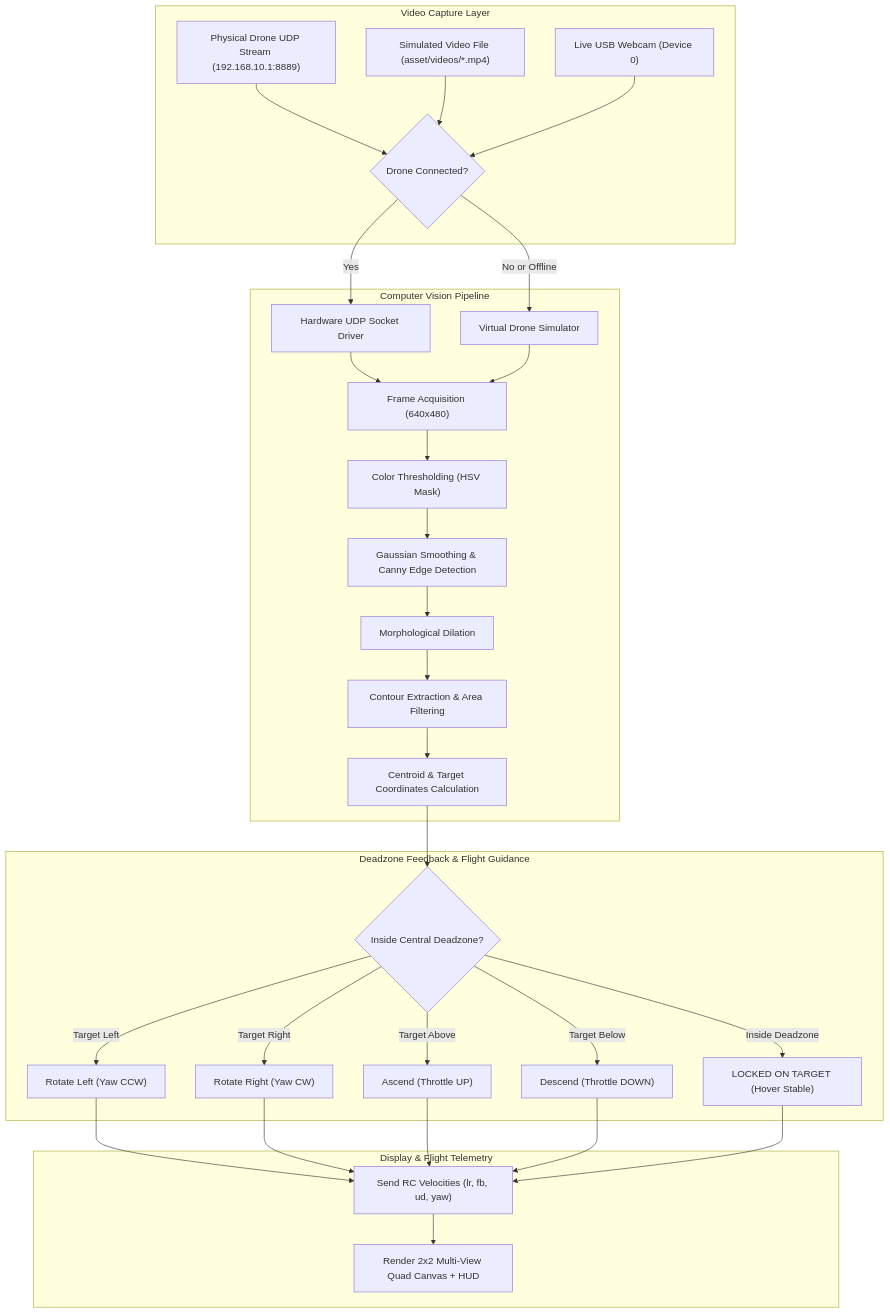
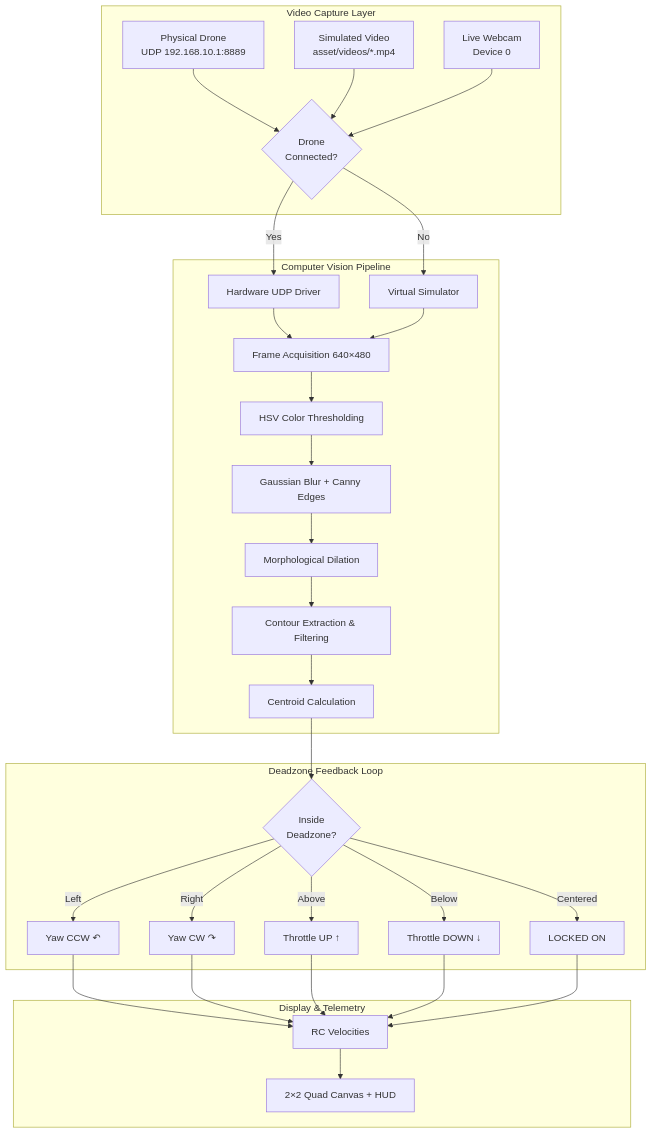
One commit to mohd-faizy/aerial-target-tracking changed the diagram in README.md. Above: the diagram before and after it, drawn with Mermaid. The commit also changed other lines of this file and 12 other files, not shown here.

````diff
--- a/README.md
+++ b/README.md
@@ -102,39 +194,39 @@
 ```mermaid
 flowchart TD
     subgraph Input ["Video Capture Layer"]
-        A1["Physical Drone UDP Stream (192.168.10.1:8889)"] --> B{"Drone Connected?"}
-        A2["Simulated Video File (asset/videos/*.mp4)"] --> B
-        A3["Live USB Webcam (Device 0)"] --> B
+        A1["Physical Drone<br/>UDP 192.168.10.1:8889"] --> B{"Drone<br/>Connected?"}
+        A2["Simulated Video<br/>asset/videos/*.mp4"] --> B
+        A3["Live Webcam<br/>Device 0"] --> B
     end
 
-    B -->|Yes| C["Hardware UDP Socket Driver"]
-    B -->|No or Offline| D["Virtual Drone Simulator"]
+    B -->|Yes| C["Hardware UDP Driver"]
+    B -->|No| D["Virtual Simulator"]
 
     subgraph Vision ["Computer Vision Pipeline"]
-        C --> E["Frame Acquisition (640x480)"]
+        C --> E["Frame Acquisition 640×480"]
         D --> E
-        E --> F["Color Thresholding (HSV Mask)"]
-        F --> G["Gaussian Smoothing & Canny Edge Detection"]
+        E --> F["HSV Color Thresholding"]
+        F --> G["Gaussian Blur + Canny Edges"]
         G --> H["Morphological Dilation"]
-        H --> I["Contour Extraction & Area Filtering"]
-        I --> J["Centroid & Target Coordinates Calculation"]
+        H --> I["Contour Extraction & Filtering"]
+        I --> J["Centroid Calculation"]
     end
 
-    subgraph Control ["Deadzone Feedback & Flight Guidance"]
-        J --> K{"Inside Central Deadzone?"}
-        K -->|Target Left| L1["Rotate Left (Yaw CCW)"]
-        K -->|Target Right| L2["Rotate Right (Yaw CW)"]
-        K -->|Target Above| L3["Ascend (Throttle UP)"]
-        K -->|Target Below| L4["Descend (Throttle DOWN)"]
-        K -->|Inside Deadzone| L5["LOCKED ON TARGET (Hover Stable)"]
+    subgraph Control ["Deadzone Feedback Loop"]
+        J --> K{"Inside<br/>Deadzone?"}
+        K -->|Left| L1["Yaw CCW ↶"]
+        K -->|Right| L2["Yaw CW ↷"]
+        K -->|Above| L3["Throttle UP ↑"]
+        K -->|Below| L4["Throttle DOWN ↓"]
+        K -->|Centered| L5["LOCKED ON"]
     end
 
-    subgraph Output ["Display & Flight Telemetry"]
-        L1 --> M["Send RC Velocities (lr, fb, ud, yaw)"]
+    subgraph Output ["Display & Telemetry"]
+        L1 --> M["RC Velocities"]
         L2 --> M
         L3 --> M
         L4 --> M
         L5 --> M
-        M --> N["Render 2x2 Multi-View Quad Canvas + HUD"]
+        M --> N["2×2 Quad Canvas + HUD"]
     end
 ```
````
